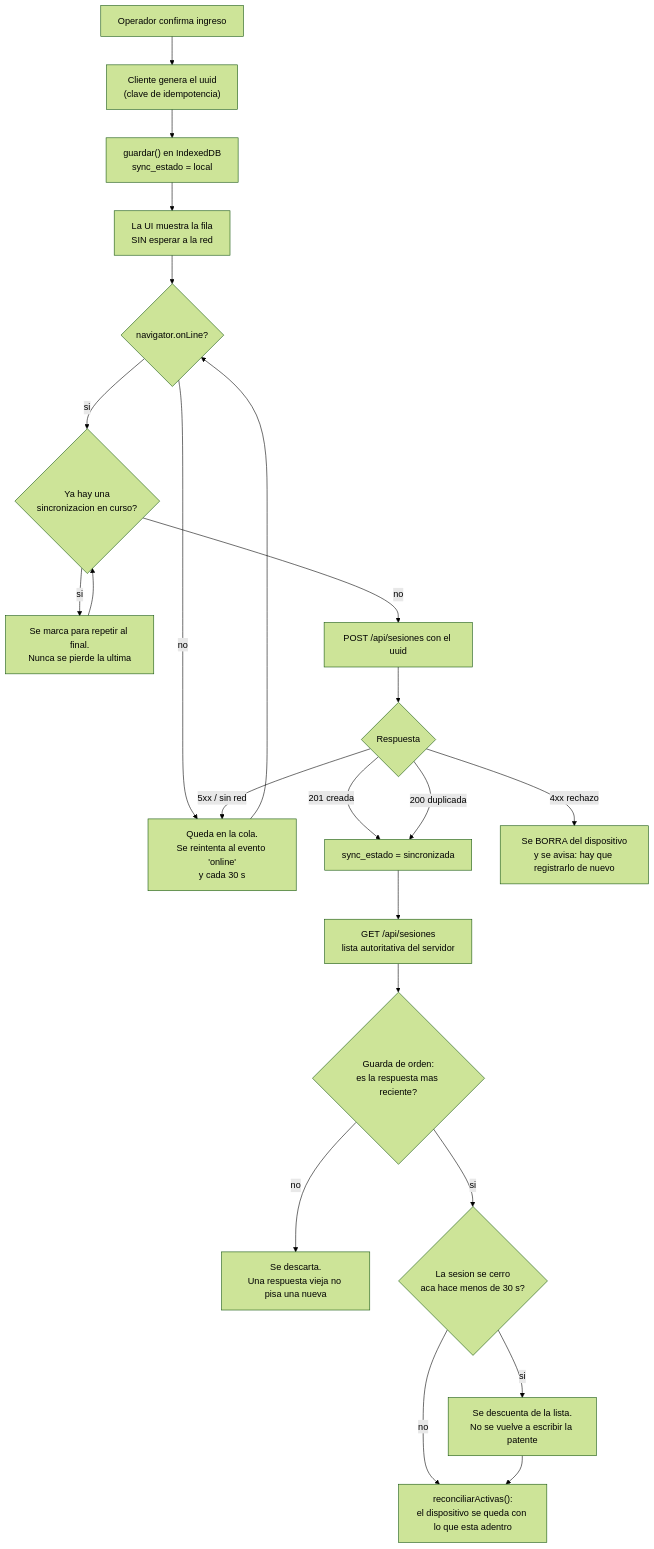
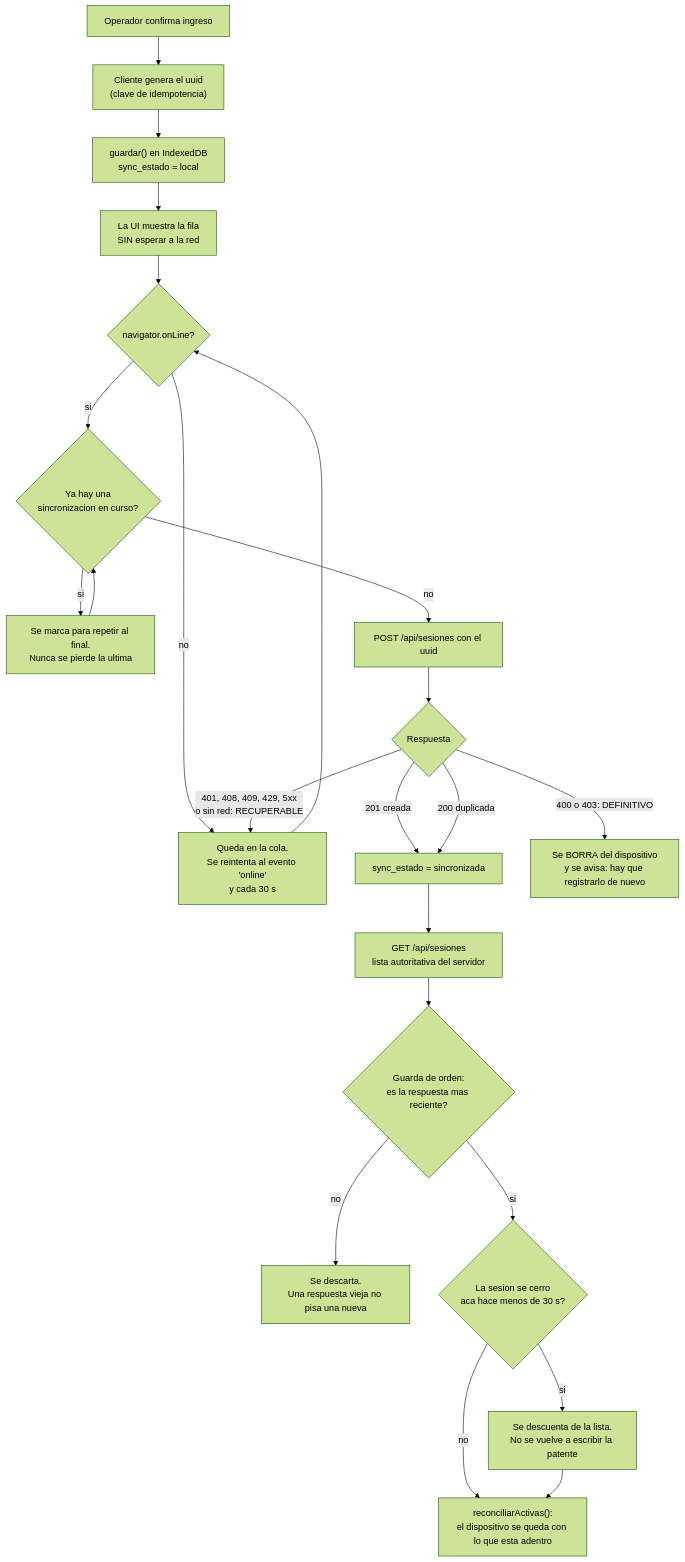
One commit to cherrera0001/p4rkc0ntr0l changed the second of 3 diagrams in docs/data/flujos.md. Above: the diagram before and after it, drawn with Mermaid (forest theme). The commit also changed other lines of this file and 8 other files, not shown here.

````diff
--- a/docs/data/flujos.md
+++ b/docs/data/flujos.md
@@ -76,29 +82,29 @@
 ```mermaid
 flowchart TB
     A["Operador confirma ingreso"] --> B["Cliente genera el uuid<br/>(clave de idempotencia)"]
     B --> C["guardar() en IndexedDB<br/>sync_estado = local"]
     C --> D["La UI muestra la fila<br/>SIN esperar a la red"]
 
     D --> E{"navigator.onLine?"}
     E -- no --> F["Queda en la cola.<br/>Se reintenta al evento 'online'<br/>y cada 30 s"]
     F --> E
 
     E -- si --> G{"Ya hay una<br/>sincronizacion en curso?"}
     G -- si --> H["Se marca para repetir al final.<br/>Nunca se pierde la ultima"]
     H --> G
     G -- no --> I["POST /api/sesiones con el uuid"]
 
     I --> J{"Respuesta"}
     J -- "201 creada" --> K["sync_estado = sincronizada"]
     J -- "200 duplicada" --> K
-    J -- "4xx rechazo" --> L["Se BORRA del dispositivo<br/>y se avisa: hay que registrarlo de nuevo"]
-    J -- "5xx / sin red" --> F
+    J -- "400 o 403: DEFINITIVO" --> L["Se BORRA del dispositivo<br/>y se avisa: hay que registrarlo de nuevo"]
+    J -- "401, 408, 409, 429, 5xx<br/>o sin red: RECUPERABLE" --> F
 
     K --> M["GET /api/sesiones<br/>lista autoritativa del servidor"]
     M --> N{"Guarda de orden:<br/>es la respuesta mas reciente?"}
     N -- no --> O["Se descarta.<br/>Una respuesta vieja no pisa una nueva"]
     N -- si --> P{"La sesion se cerro<br/>aca hace menos de 30 s?"}
     P -- si --> Q["Se descuenta de la lista.<br/>No se vuelve a escribir la patente"]
     P -- no --> R["reconciliarActivas():<br/>el dispositivo se queda con lo que esta adentro"]
     Q --> R
 ```
````
